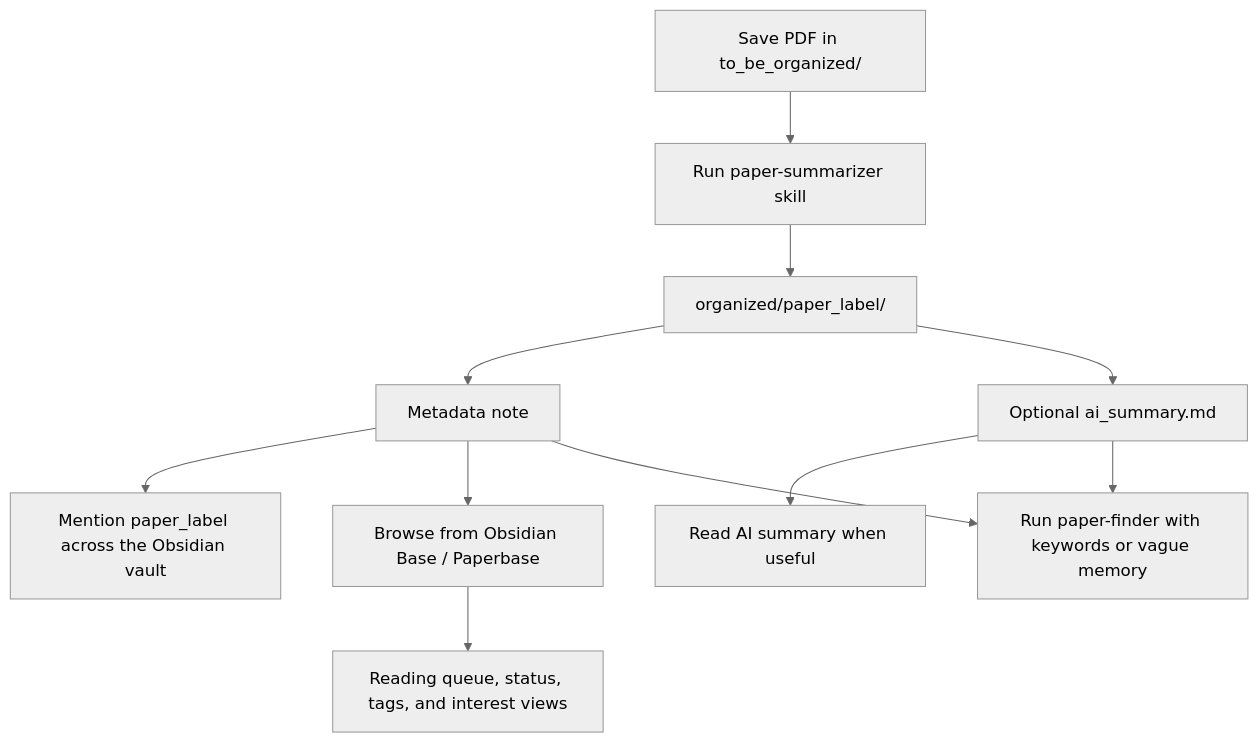
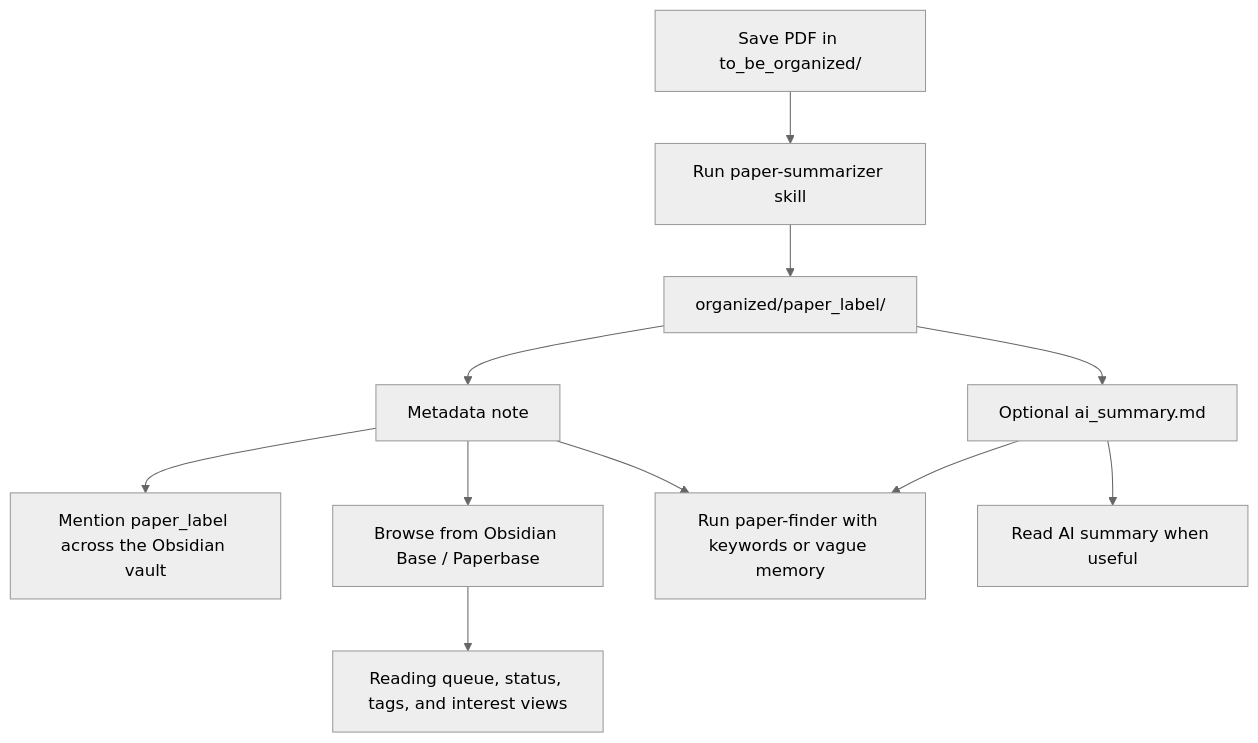
One commit to howieeeeeeeeee/paper-management-system changed the diagram in README.md. Above: the diagram before and after it, drawn with Mermaid (neutral theme). The commit also changed other lines of this file and 3 other files, not shown here.

````diff
--- a/README.md
+++ b/README.md
@@ -11,13 +11,13 @@
 ```mermaid
 flowchart TD
     A[Save PDF in to_be_organized/] --> B[Run paper-summarizer skill]
     B --> C[organized/paper_label/]
     C --> D[Metadata note]
     C --> E[Optional ai_summary.md]
     D --> F[Mention paper_label across the Obsidian vault]
-    E --> G[Read AI summary when useful]
     D --> H[Browse from Obsidian Base / Paperbase]
     H --> I[Reading queue, status, tags, and interest views]
     D --> J[Run paper-finder with keywords or vague memory]
     E --> J
+	 E --> G[Read AI summary when useful]
 ```
````
